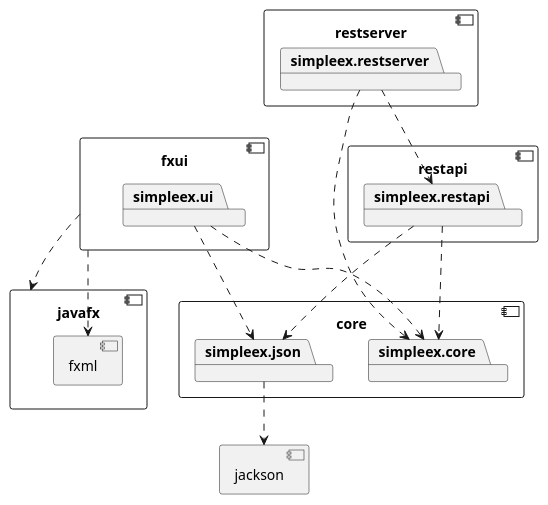
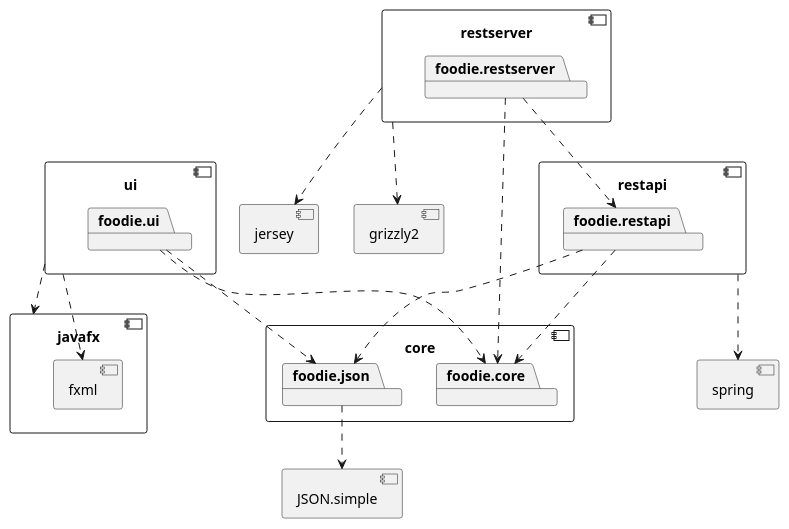
Before and after one commit to FridaK-sys/Foodie: the diagram in foodie/architecture.puml, drawn with PlantUML. The commit also changed 1 other file, not shown here.

Commit message:
fix: updated architecture diagram

```diff
--- a/foodie/architecture.puml
+++ b/foodie/architecture.puml
@@ -1,44 +1,56 @@
 @startuml architecture
 
 component core {
-	package simpleex.core
-	package simpleex.json
+	package foodie.core
+	package foodie.json
 }
 
-component jackson {
+component JSON.simple {
 }
 
-simpleex.json ..> jackson
+foodie.json ..> JSON.simple
 
-component fxui {
-	package simpleex.ui
+component ui {
+	package foodie.ui
 }
 
-simpleex.ui ..> simpleex.core
-simpleex.ui ..> simpleex.json
+foodie.ui ..> foodie.core
+foodie.ui ..> foodie.json
 
 component javafx {
 	component fxml {
 	}
 }
 
-fxui ..> javafx
-fxui ..> fxml
+ui ..> javafx
+ui ..> fxml
 
 component restapi {
-	package simpleex.restapi
+	package foodie.restapi
 }
 
-simpleex.restapi ..> simpleex.core
-simpleex.restapi ..> simpleex.json
+foodie.restapi ..> foodie.core
+foodie.restapi ..> foodie.json
 
+component spring {
+}
+
+restapi ..> spring
 
 component restserver {
-	package simpleex.restserver
+	package foodie.restserver
 }
 
-simpleex.restserver ..> simpleex.core
-simpleex.restserver ..> simpleex.restapi
+foodie.restserver ..> foodie.core
+foodie.restserver ..> foodie.restapi
 
+component jersey {
+}
+
+component grizzly2 {
+}
+
+restserver ..> jersey
+restserver ..> grizzly2
 
 @enduml
```
